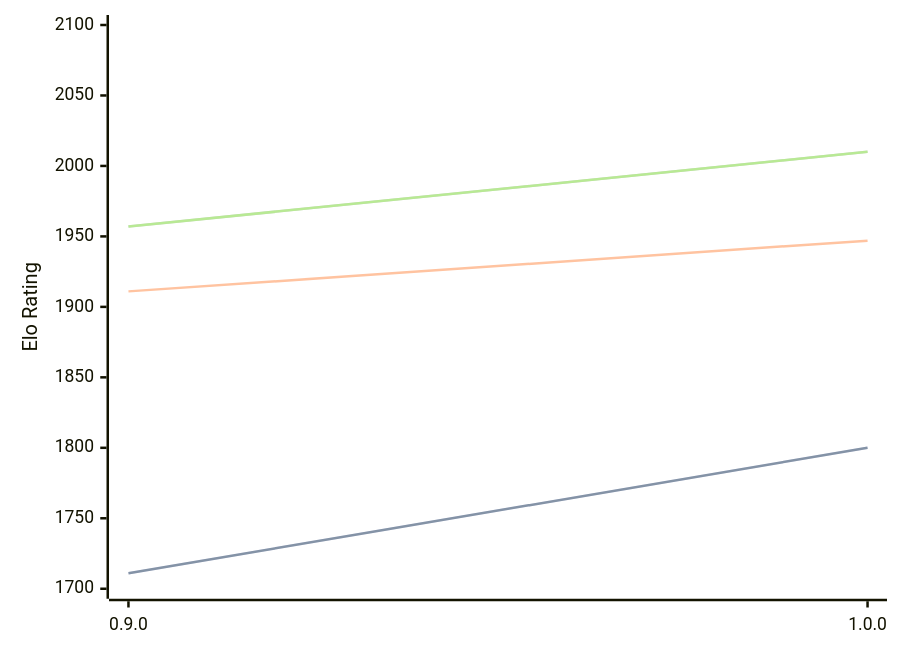
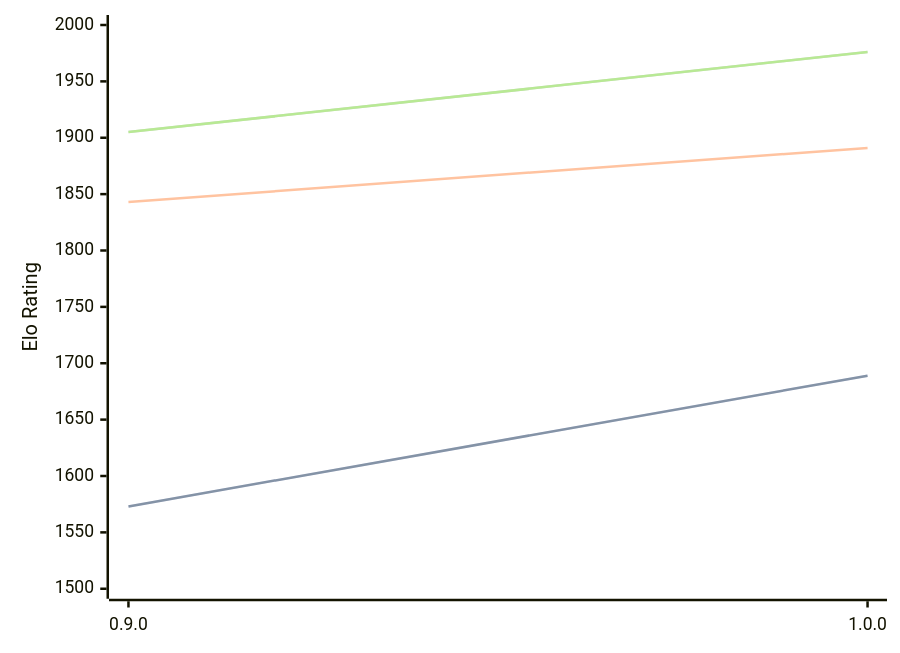
Before and after one commit to computer-chess-index/cci: the diagram in engines/Ratsu.md, drawn with Mermaid. The commit also changed other lines of this file, not shown here.

Commit message:
Update CCI Ratings (ELO VLTC) - 2026-02-24

````diff
--- a/engines/Ratsu.md
+++ b/engines/Ratsu.md
@@ -29,11 +30,11 @@
 ```mermaid
 %%{init: {"theme":"base","themeVariables":{"seriesColors:['#a3a3a3','#222221','#faa371']}}}%%
 xychart-beta
   x-axis ["0.9.0", "1.0.0"]
-  y-axis "Elo Rating" 1700 --> 2100
-  line "STC (8.0+0.08s)" [1711, 1800]
-  line "STC (8.0+0.08s)" [1711, 1800]
-  line "LTC (60.0+0.60s)" [1911, 1947]
-  line "VLTC (2m24s+1.12s)" [1957, 2010]
-  line "VLTC (2m24s+1.12s)" [1957, 2010]
+  y-axis "Elo Rating" 1500 --> 2000
+  line "STC (8.0+0.08s)" [1573, 1689]
+  line "STC (8.0+0.08s)" [1573, 1689]
+  line "LTC (60.0+0.60s)" [1843, 1891]
+  line "VLTC (2m24s+1.12s)" [1905, 1976]
+  line "VLTC (2m24s+1.12s)" [1905, 1976]
 ```
````
